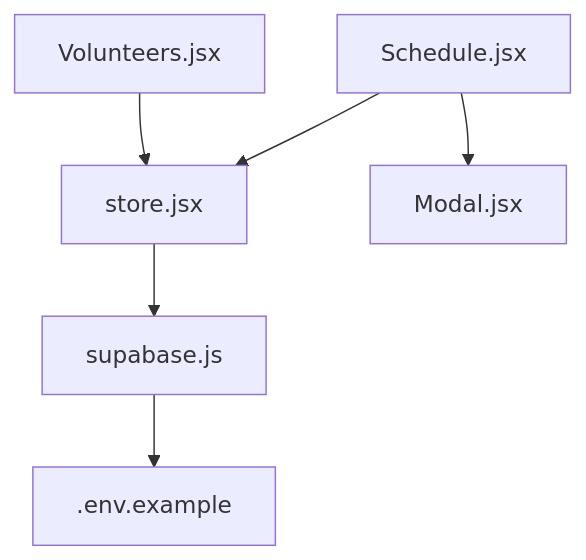
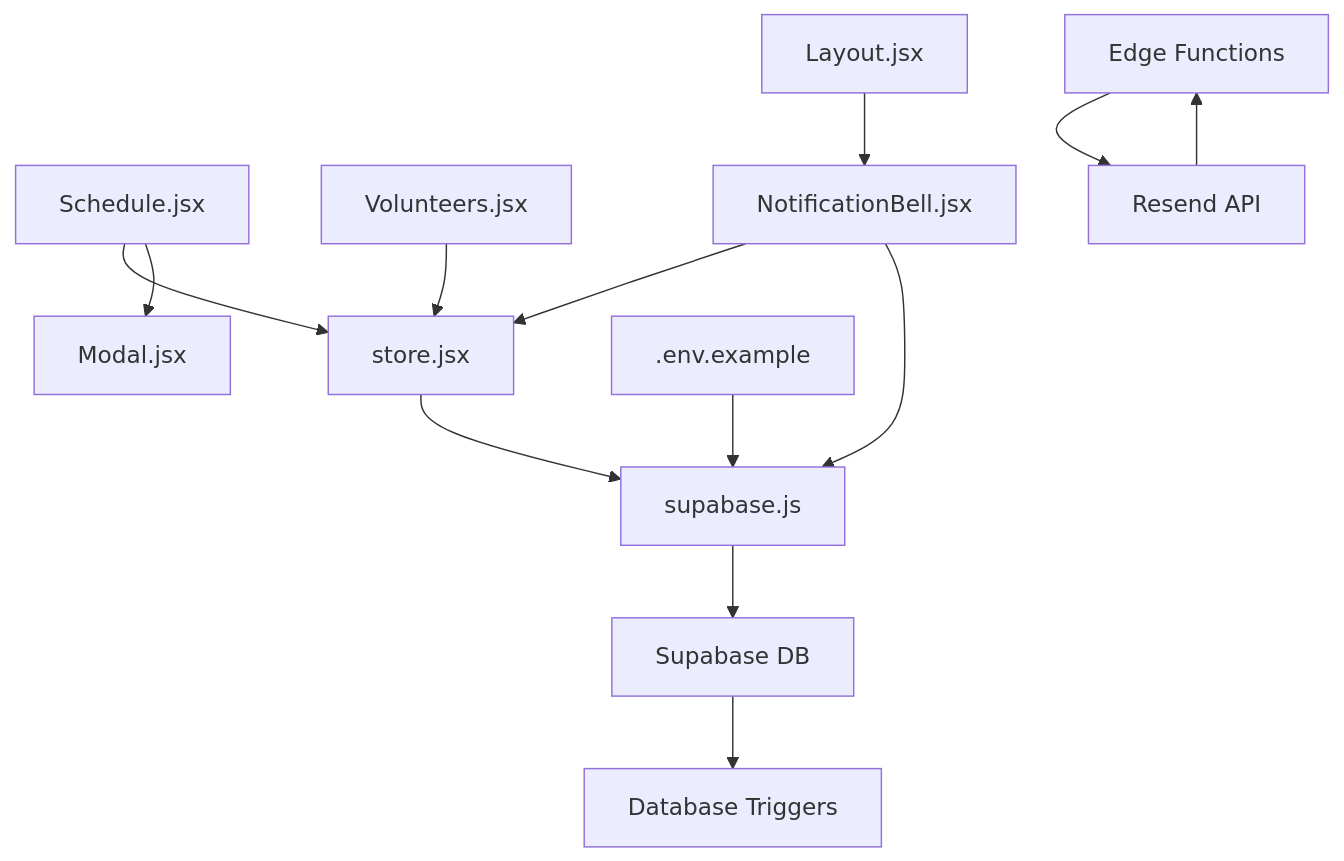
One commit to netdaniel/serveflow changed the tenth of 10 diagrams in .qoder/repowiki/en/content/Service Scheduling Platform/Email Notification Integration.md. Above: the diagram before and after it, drawn with Mermaid. The commit also changed other lines of this file and 9 other files, not shown here.

Commit message:
Add Supabase CLI binary and notification system files

````diff
--- a/.qoder/repowiki/en/content/Service Scheduling Platform/Email Notification Integration.md
+++ b/.qoder/repowiki/en/content/Service Scheduling Platform/Email Notification Integration.md
@@ -264,8 +449,15 @@
 ```mermaid
 graph TB
 S["Schedule.jsx"] --> ST["store.jsx"]
 S --> M["Modal.jsx"]
 V["Volunteers.jsx"] --> ST
-ST --> SUP["supabase.js"]
-SUP --> ENV[".env.example"]
+NB["NotificationBell.jsx"] --> ST
+NB --> SUP["supabase.js"]
+L["Layout.jsx"] --> NB
+ST --> SUP
+SUP --> DB["Supabase DB"]
+DB --> TRIGGERS["Database Triggers"]
+EF["Edge Functions"] --> RES["Resend API"]
+ENV[".env.example"] --> SUP
+RES --> EF
 ```
````
